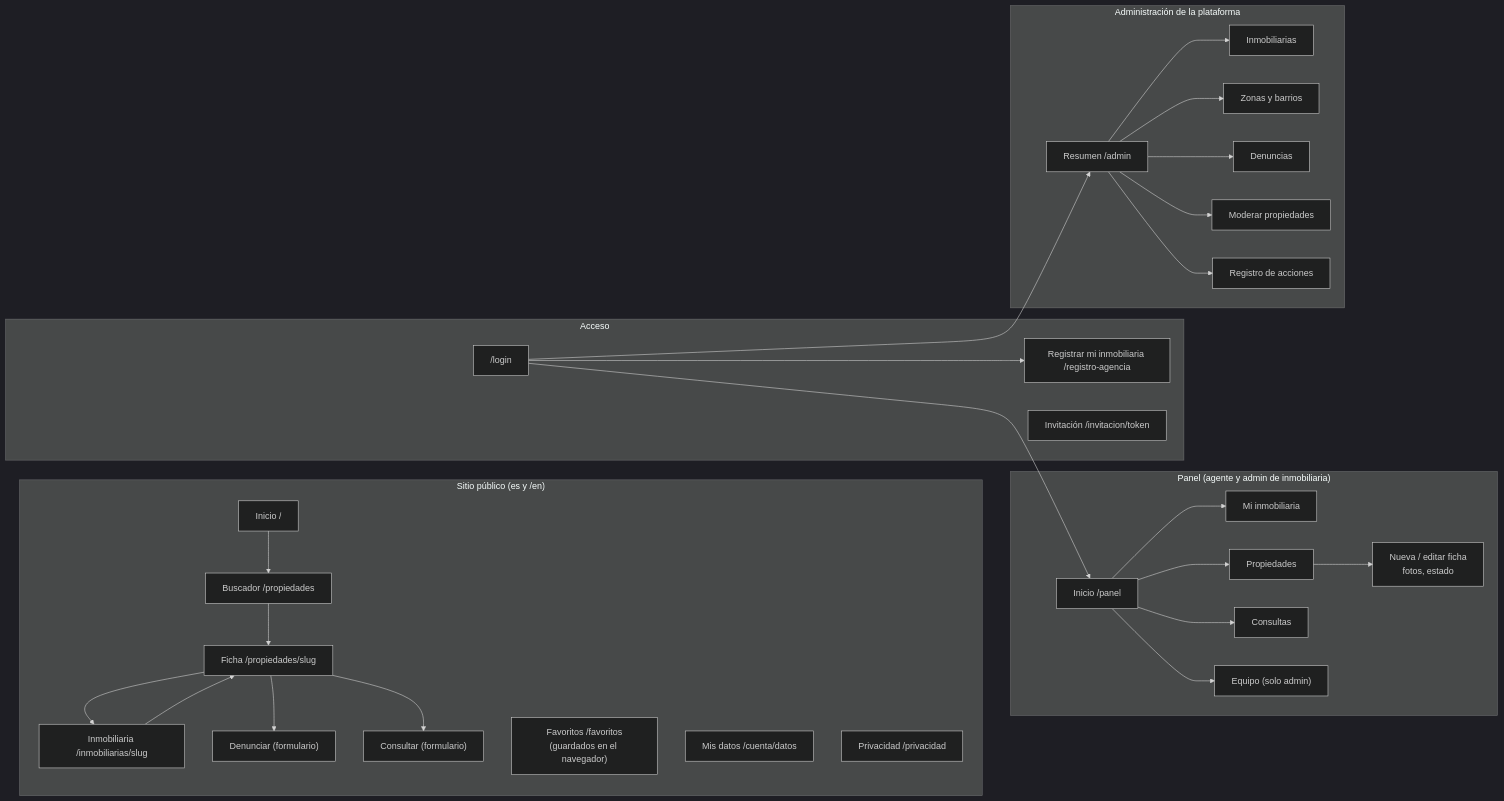
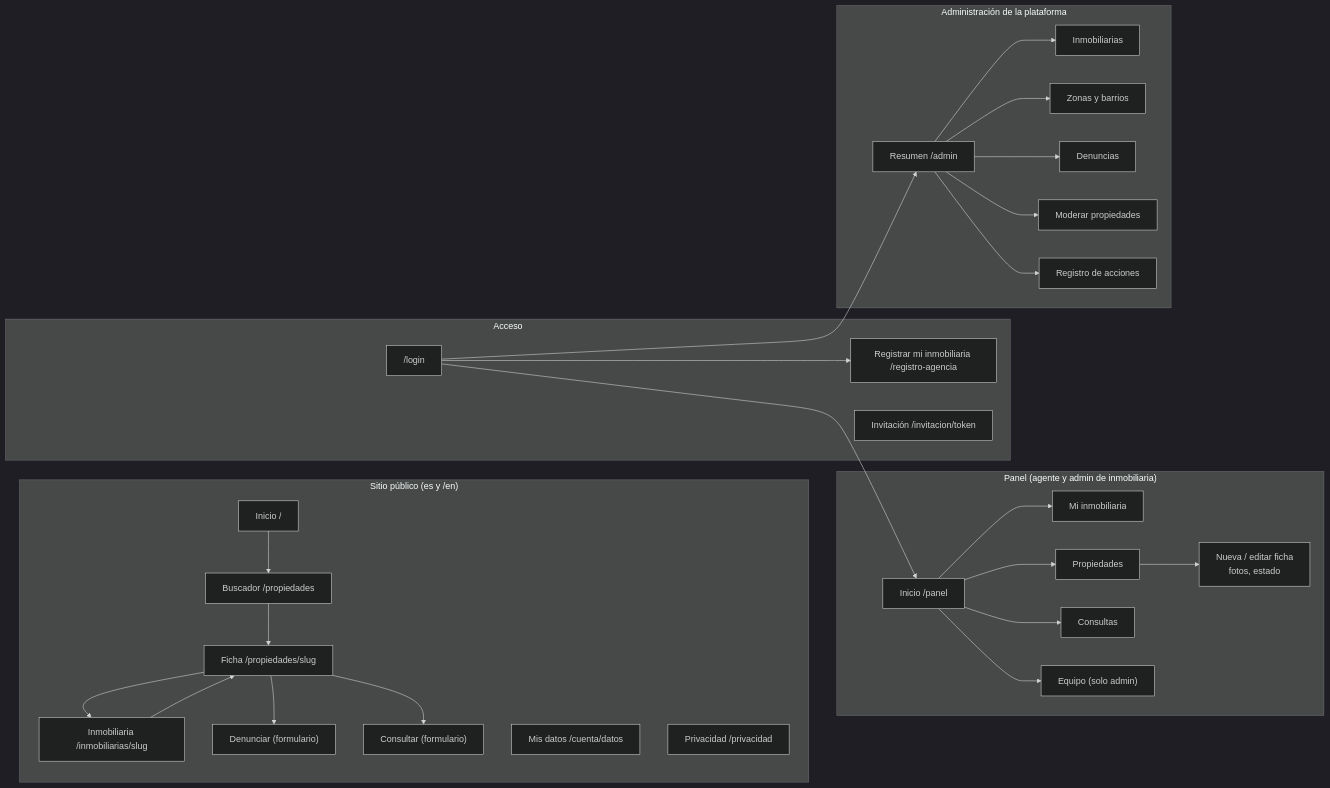
Diagram 15 of 15 in docs/diagramas.md (valeriadelrio/portal-inmobiliario), drawn with Mermaid (dark theme) before and after one commit. The commit also changed other lines of this file and 17 other files, not shown here.

````diff
--- a/docs/diagramas.md
+++ b/docs/diagramas.md
@@ -432,33 +431,32 @@
 ```mermaid
 flowchart LR
   subgraph publico["Sitio público (es y /en)"]
     home["Inicio /"] --> buscador["Buscador /propiedades"]
     buscador --> ficha["Ficha /propiedades/slug"]
     ficha --> agencia["Inmobiliaria /inmobiliarias/slug"]
     agencia --> ficha
     ficha --> denuncia["Denunciar (formulario)"]
     ficha --> consulta["Consultar (formulario)"]
-    fav["Favoritos /favoritos<br/>(guardados en el navegador)"]
     datos["Mis datos /cuenta/datos"]
     priv["Privacidad /privacidad"]
   end
   subgraph acceso["Acceso"]
     login["/login"] --> reg["Registrar mi inmobiliaria /registro-agencia"]
     inv["Invitación /invitacion/token"]
   end
   subgraph panel["Panel (agente y admin de inmobiliaria)"]
     p0["Inicio /panel"] --> p1["Mi inmobiliaria"]
     p0 --> p2["Propiedades"] --> p2b["Nueva / editar ficha<br/>fotos, estado"]
     p0 --> p3["Consultas"]
     p0 --> p4["Equipo (solo admin)"]
   end
   subgraph admin["Administración de la plataforma"]
     a0["Resumen /admin"] --> a1["Inmobiliarias"]
     a0 --> a2["Zonas y barrios"]
     a0 --> a3["Denuncias"]
     a0 --> a4["Moderar propiedades"]
     a0 --> a5["Registro de acciones"]
   end
   login --> p0
   login --> a0
 ```
````
